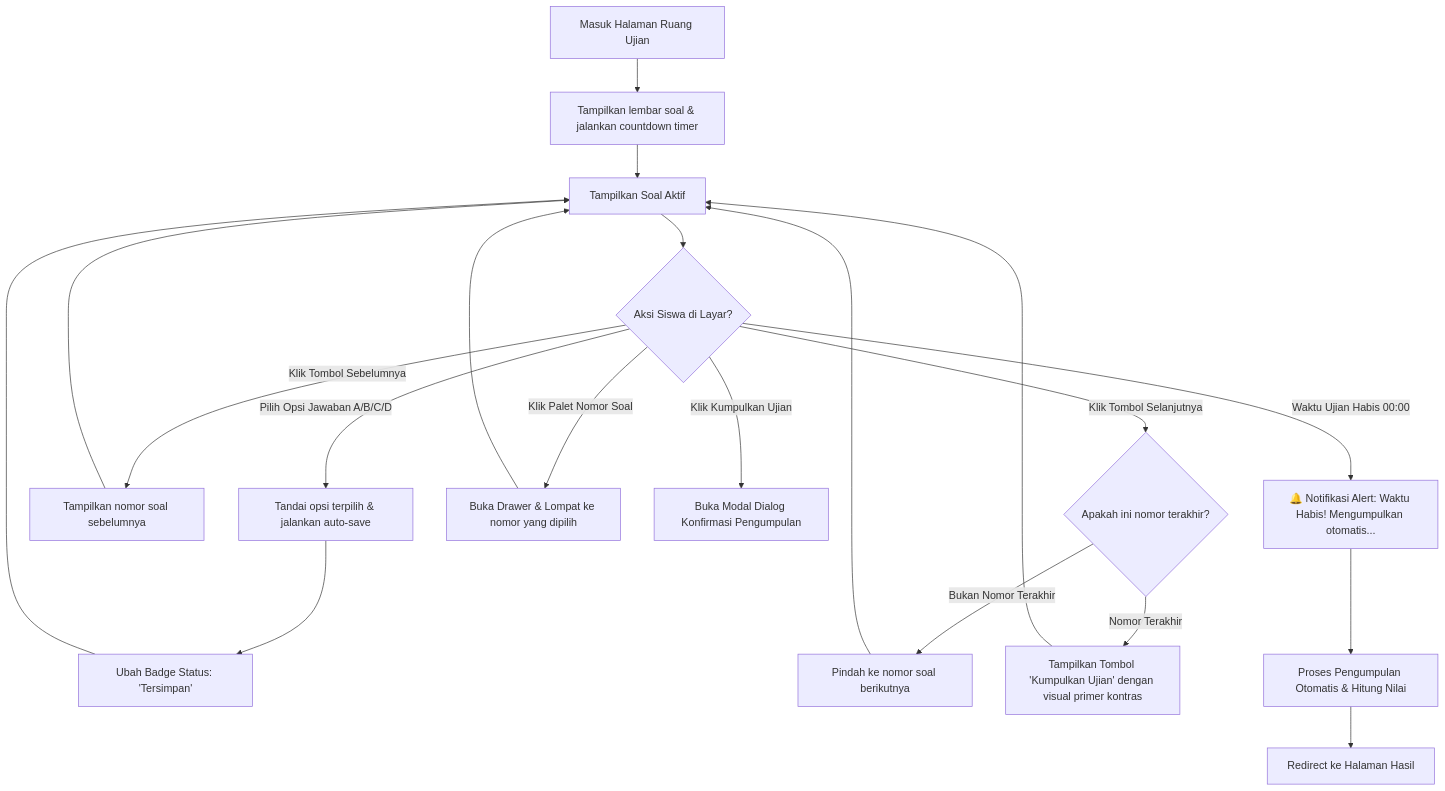
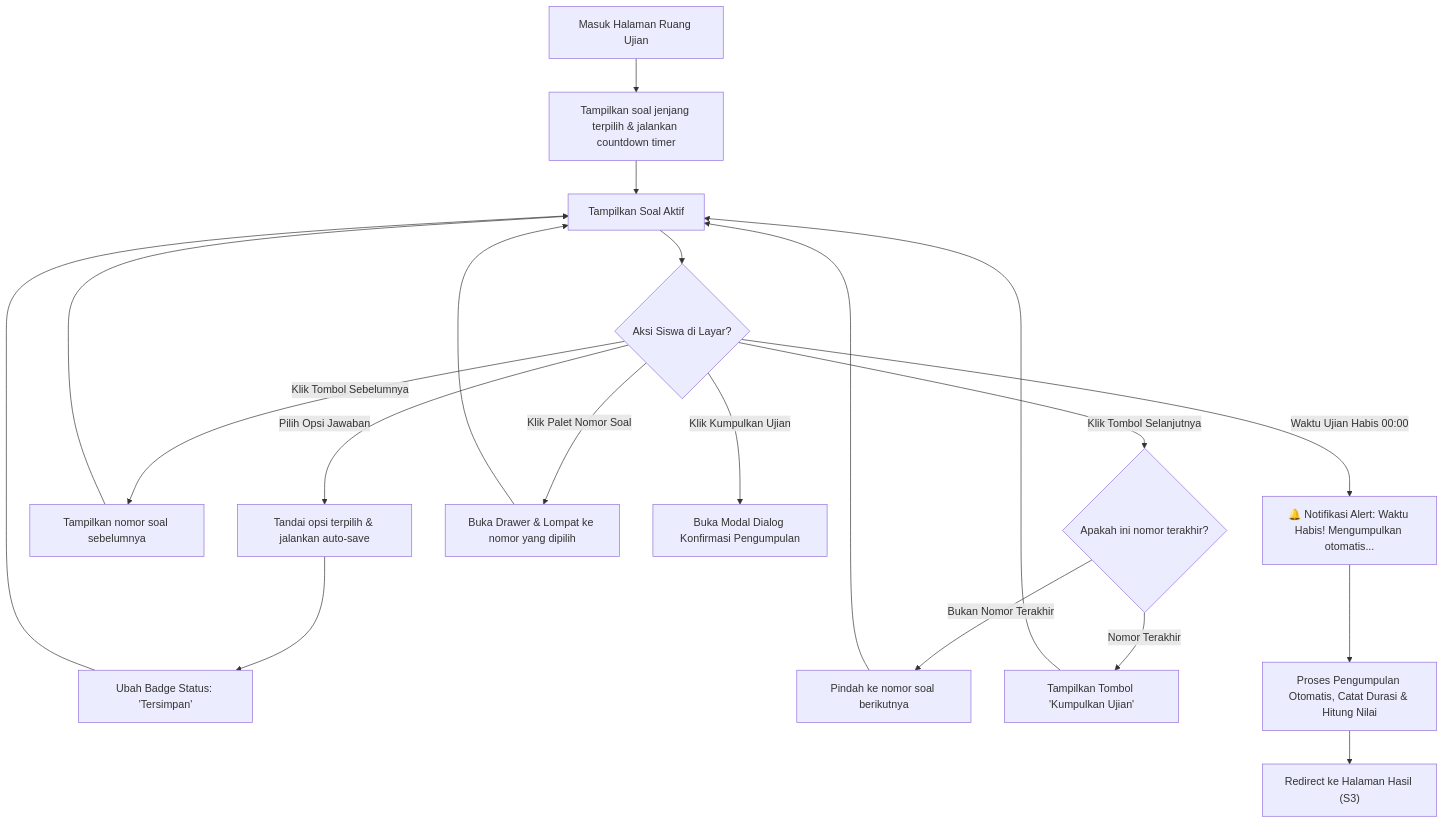
The second of 8 diagrams in UI_FLOW.md (septianof/up-speaking), drawn with Mermaid before and after one commit. The commit also changed other lines of this file and 3 other files, not shown here.

Commit message:
docs(specs): perbarui prd, ui-flow, task-breakdown, dan product.md untuk kebutuhan jenjang dan matrix level

````diff
--- a/UI_FLOW.md
+++ b/UI_FLOW.md
@@ -112,29 +116,29 @@
 ```mermaid
 flowchart TD
-    A["Masuk Halaman Ruang Ujian"] --> B["Tampilkan lembar soal & jalankan countdown timer"]
+    A["Masuk Halaman Ruang Ujian"] --> B["Tampilkan soal jenjang terpilih & jalankan countdown timer"]
     B --> C["Tampilkan Soal Aktif"]
 
     C --> D{"Aksi Siswa di Layar?"}
 
-    D -->|Pilih Opsi Jawaban A/B/C/D| E["Tandai opsi terpilih & jalankan auto-save"]
+    D -->|Pilih Opsi Jawaban| E["Tandai opsi terpilih & jalankan auto-save"]
     E --> E1["Ubah Badge Status: 'Tersimpan'"]
     E1 --> C
 
     D -->|Klik Tombol Sebelumnya| F["Tampilkan nomor soal sebelumnya"]
     F --> C
 
     D -->|Klik Tombol Selanjutnya| G{"Apakah ini nomor terakhir?"}
     G -->|Bukan Nomor Terakhir| H["Pindah ke nomor soal berikutnya"]
     H --> C
-    G -->|Nomor Terakhir| I["Tampilkan Tombol 'Kumpulkan Ujian' dengan visual primer kontras"]
+    G -->|Nomor Terakhir| I["Tampilkan Tombol 'Kumpulkan Ujian'"]
     I --> C
 
     D -->|Klik Palet Nomor Soal| J["Buka Drawer & Lompat ke nomor yang dipilih"]
     J --> C
 
     D -->|Klik Kumpulkan Ujian| K["Buka Modal Dialog Konfirmasi Pengumpulan"]
     
     D -->|Waktu Ujian Habis 00:00| L["🔔 Notifikasi Alert: Waktu Habis! Mengumpulkan otomatis..."]
-    L --> M["Proses Pengumpulan Otomatis & Hitung Nilai"]
-    M --> N["Redirect ke Halaman Hasil"]
+    L --> M["Proses Pengumpulan Otomatis, Catat Durasi & Hitung Nilai"]
+    M --> N["Redirect ke Halaman Hasil (S3)"]
 ```
````
